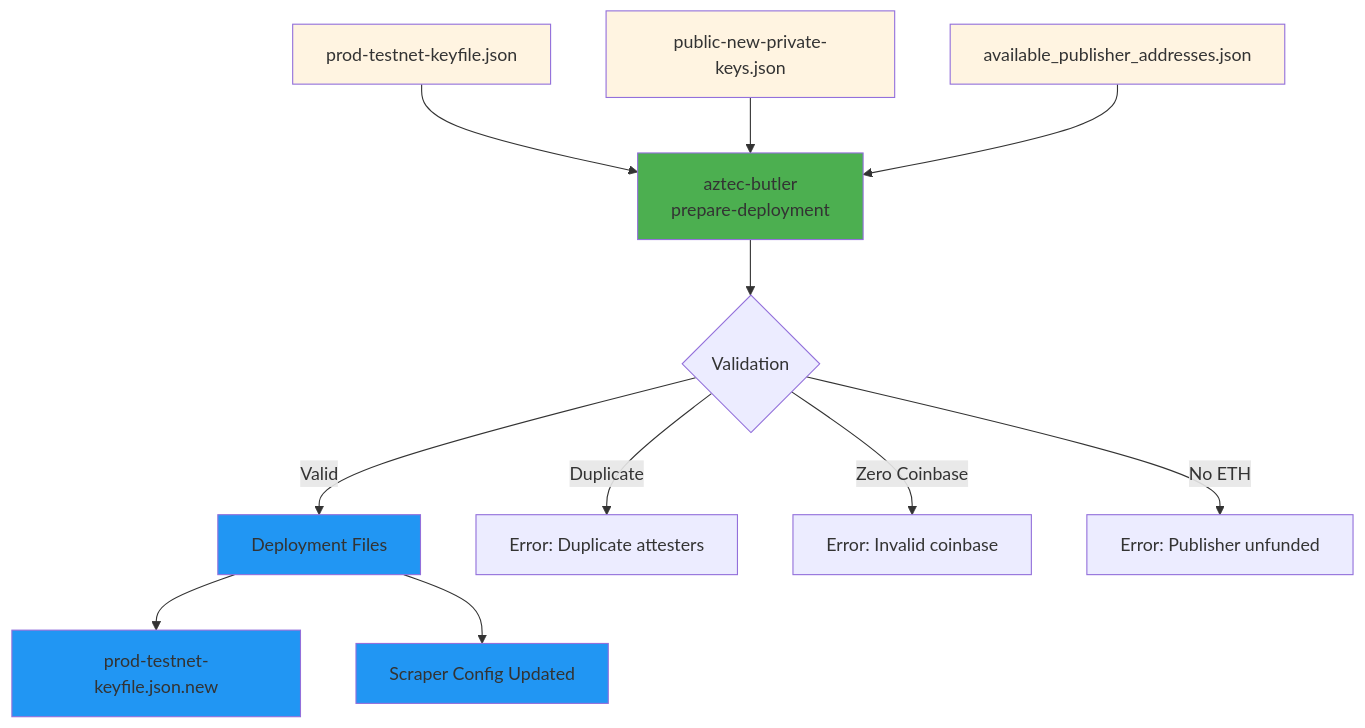
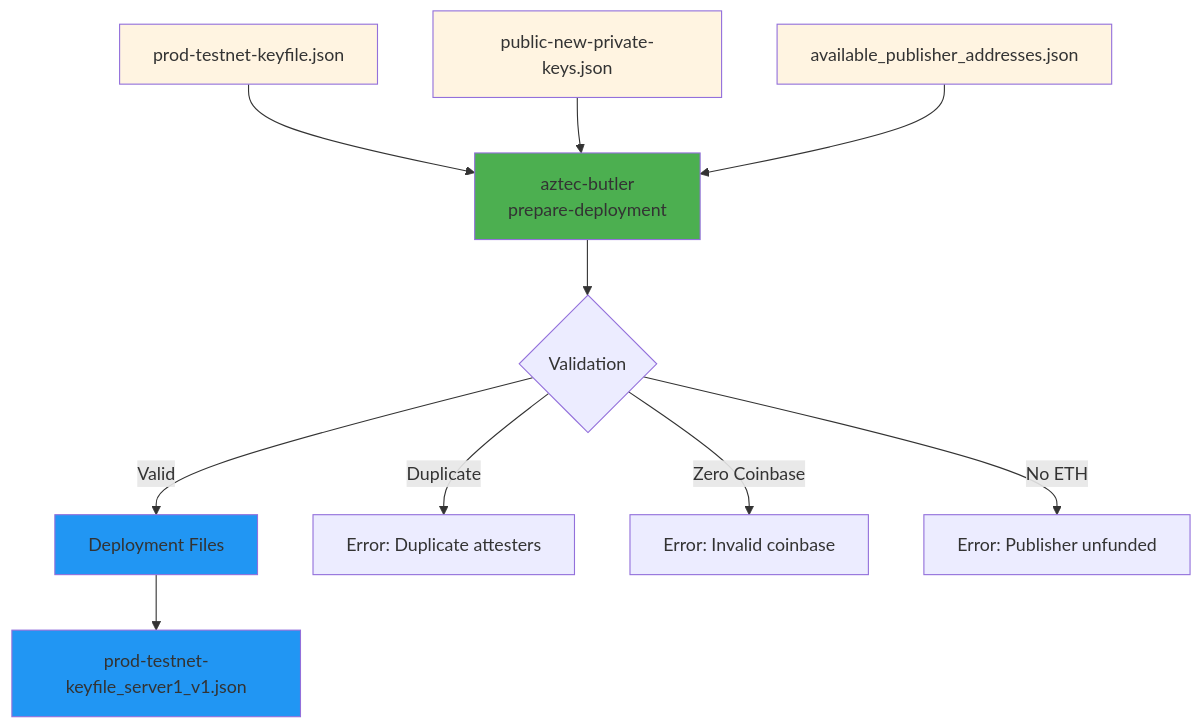
One commit to aztec-scan/aztec-butler changed the diagram in docs/operator-guide/phase-3.md. Above: the diagram before and after it, drawn with Mermaid. The commit also changed other lines of this file and 17 other files, not shown here.

First line of the commit message:
Complete scraper config refactoring: split into separate cache files

````diff
--- a/docs/operator-guide/phase-3.md
+++ b/docs/operator-guide/phase-3.md
@@ -7,23 +7,21 @@
 ```mermaid
 flowchart TD
     A[prod-testnet-keyfile.json] --> D[aztec-butler<br/>prepare-deployment]
     B[public-new-private-keys.json] --> D
     C[available_publisher_addresses.json] --> D
 
     D --> E{Validation}
     E -->|Valid| F[Deployment Files]
     E -->|Duplicate| G[Error: Duplicate attesters]
     E -->|Zero Coinbase| H[Error: Invalid coinbase]
     E -->|No ETH| I[Error: Publisher unfunded]
 
-    F --> J[prod-testnet-keyfile.json.new]
-    F --> K[Scraper Config Updated]
+    F --> J[prod-testnet-keyfile_server1_v1.json]
 
     style A fill:#fff4e1
     style B fill:#fff4e1
     style C fill:#fff4e1
     style D fill:#4CAF50
     style F fill:#2196F3
     style J fill:#2196F3
-    style K fill:#2196F3
 ```
````
